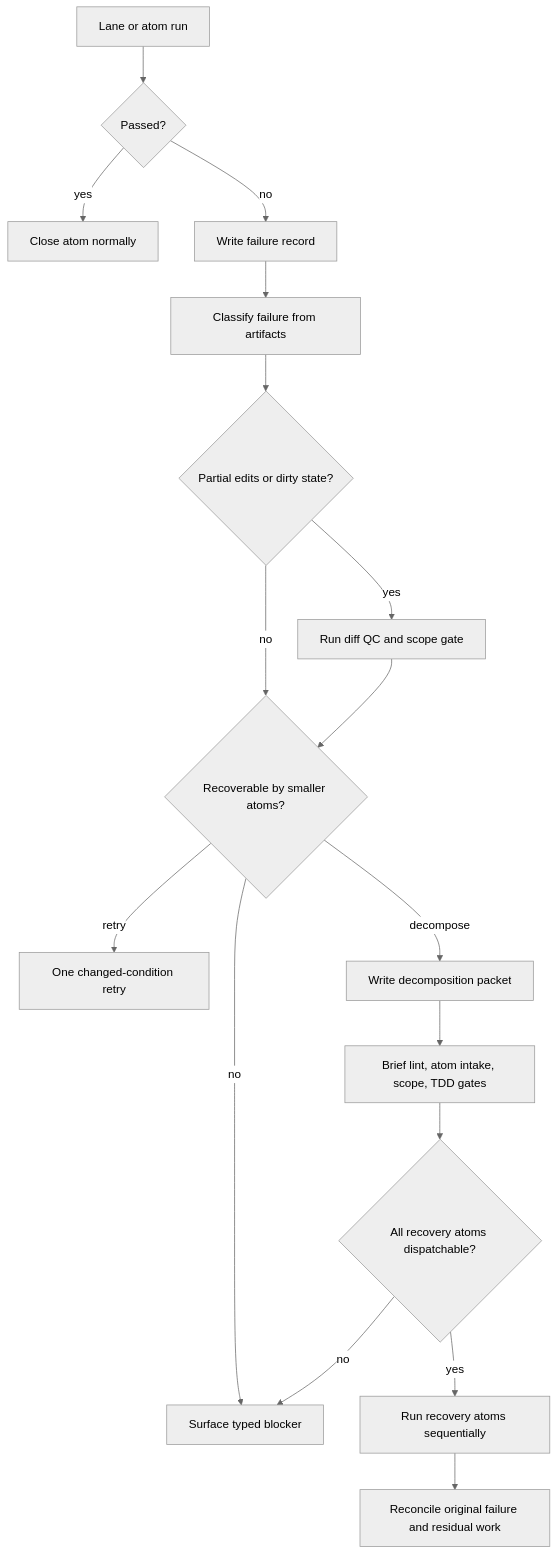
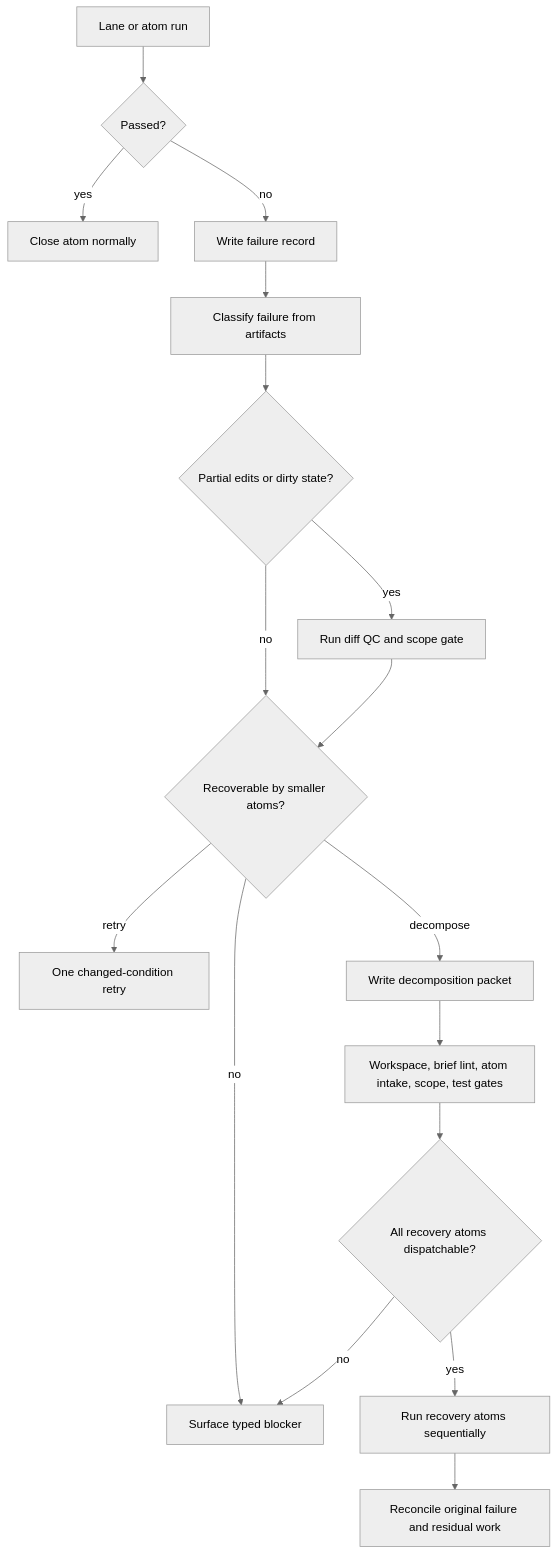
The diagram in docs/design-decompose-on-failure.md (BLuchterhand/Idiom), drawn with Mermaid (neutral theme) before and after one commit. The commit also changed other lines of this file and 13 other files, not shown here.

````diff
--- a/docs/design-decompose-on-failure.md
+++ b/docs/design-decompose-on-failure.md
@@ -131,19 +131,19 @@
 ```mermaid
 flowchart TD
     Run["Lane or atom run"] --> Pass{"Passed?"}
     Pass -- yes --> Close["Close atom normally"]
     Pass -- no --> Record["Write failure record"]
     Record --> Classify["Classify failure from artifacts"]
     Classify --> Dirty{"Partial edits or dirty state?"}
     Dirty -- yes --> DiffQC["Run diff QC and scope gate"]
     Dirty -- no --> Recoverability
     DiffQC --> Recoverability{"Recoverable by smaller atoms?"}
     Recoverability -- no --> Surface["Surface typed blocker"]
     Recoverability -- retry --> Retry["One changed-condition retry"]
     Recoverability -- decompose --> Packet["Write decomposition packet"]
-    Packet --> Gate["Brief lint, atom intake, scope, TDD gates"]
+    Packet --> Gate["Workspace, brief lint, atom intake, scope, test gates"]
     Gate --> Dispatch{"All recovery atoms dispatchable?"}
     Dispatch -- no --> Surface
     Dispatch -- yes --> RunAtoms["Run recovery atoms sequentially"]
     RunAtoms --> Reconcile["Reconcile original failure and residual work"]
 ```
````
